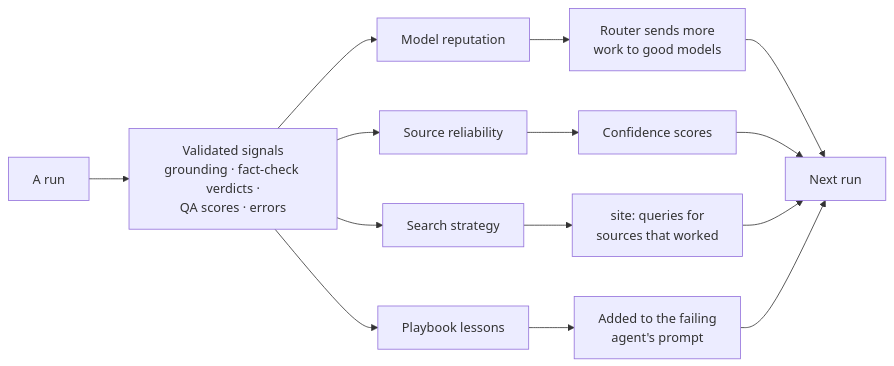
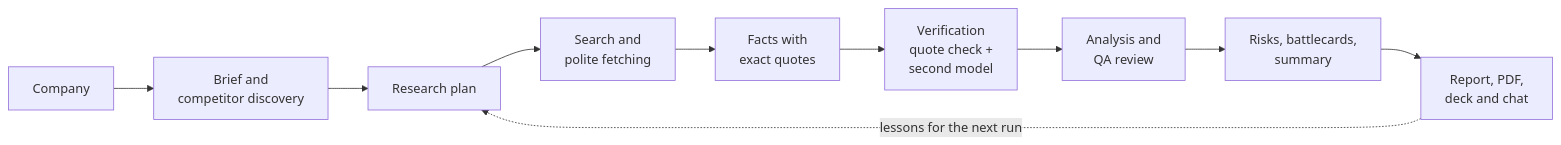
The diagram in README.md (LakshayJ17/resurge), drawn with Mermaid before and after one commit. The commit also changed other lines of this file and 34 other files, not shown here.

````diff
--- a/README.md
+++ b/README.md
@@ -365,9 +58,12 @@
 ```mermaid
 flowchart LR
-  RUN["A run"] --> SIG["Validated signals<br/>grounding · fact-check verdicts ·<br/>QA scores · errors"]
-  SIG --> M["Model reputation"] --> R1["Router sends more<br/>work to good models"]
-  SIG --> S["Source reliability"] --> R2["Confidence scores"]
-  SIG --> Q["Search strategy"] --> R3["site: queries for<br/>sources that worked"]
-  SIG --> P["Playbook lessons"] --> R4["Added to the failing<br/>agent's prompt"]
-  R1 & R2 & R3 & R4 --> NEXT["Next run"]
+  A["Company"] --> B["Brief and<br/>competitor discovery"]
+  B --> C["Research plan"]
+  C --> D["Search and<br/>polite fetching"]
+  D --> E["Facts with<br/>exact quotes"]
+  E --> F["Verification<br/>quote check +<br/>second model"]
+  F --> G["Analysis and<br/>QA review"]
+  G --> H["Risks, battlecards,<br/>summary"]
+  H --> I["Report, PDF,<br/>deck and chat"]
+  I -. "lessons for the next run" .-> C
 ```
````
